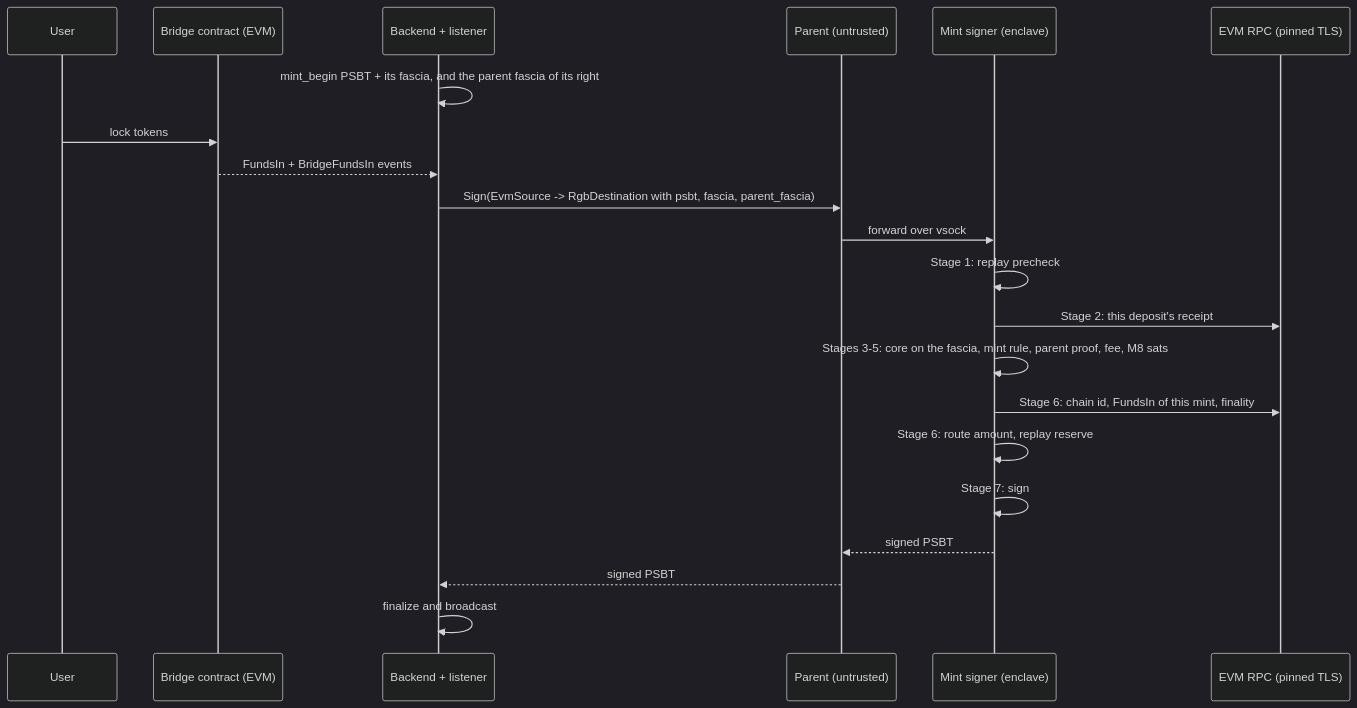
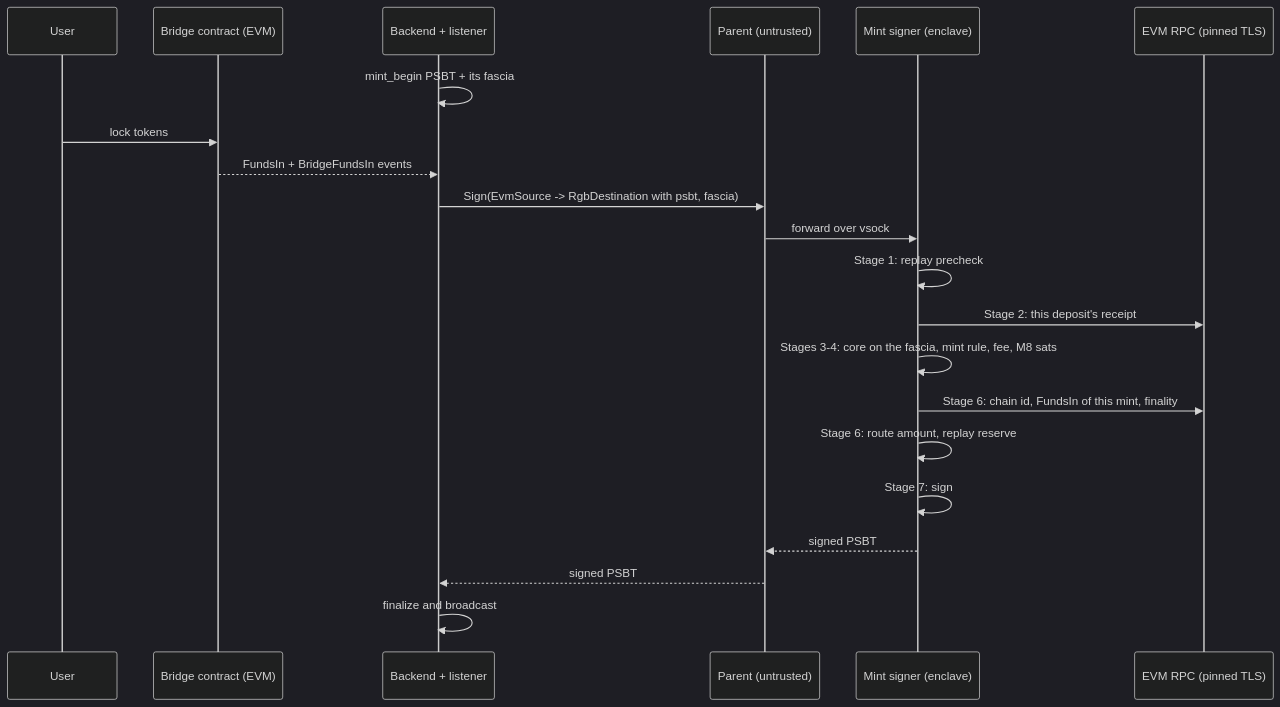
Before and after one commit to UTEXO-Protocol/enclave-signer: the diagram in docs/mint-flow.md, drawn with Mermaid (dark theme). The commit also changed other lines of this file and 40 other files, not shown here.

First line of the commit message:
Remove the parent proof and the parent_fascia field

````diff
--- a/docs/mint-flow.md
+++ b/docs/mint-flow.md
@@ -94,24 +93,24 @@
 ```mermaid
 sequenceDiagram
     participant U as User
     participant C as Bridge contract (EVM)
     participant L as Backend + listener
     participant P as Parent (untrusted)
     participant E as Mint signer (enclave)
     participant R as EVM RPC (pinned TLS)
 
-    L->>L: mint_begin PSBT + its fascia, and the parent fascia of its right
+    L->>L: mint_begin PSBT + its fascia
     U->>C: lock tokens
     C-->>L: FundsIn + BridgeFundsIn events
-    L->>P: Sign(EvmSource -> RgbDestination with psbt, fascia, parent_fascia)
+    L->>P: Sign(EvmSource -> RgbDestination with psbt, fascia)
     P->>E: forward over vsock
     E->>E: Stage 1: replay precheck
     E->>R: Stage 2: this deposit's receipt
-    E->>E: Stages 3-5: core on the fascia, mint rule, parent proof, fee, M8 sats
+    E->>E: Stages 3-4: core on the fascia, mint rule, fee, M8 sats
     E->>R: Stage 6: chain id, FundsIn of this mint, finality
     E->>E: Stage 6: route amount, replay reserve
     E->>E: Stage 7: sign
     E-->>P: signed PSBT
     P-->>L: signed PSBT
     L->>L: finalize and broadcast
 ```
````
